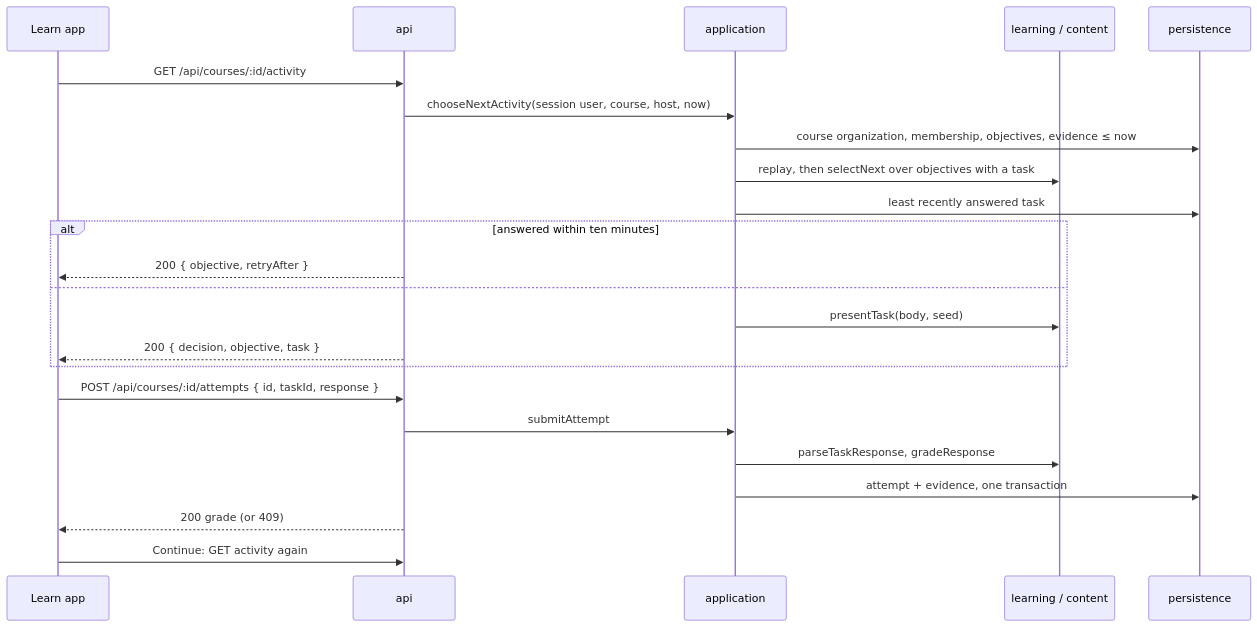
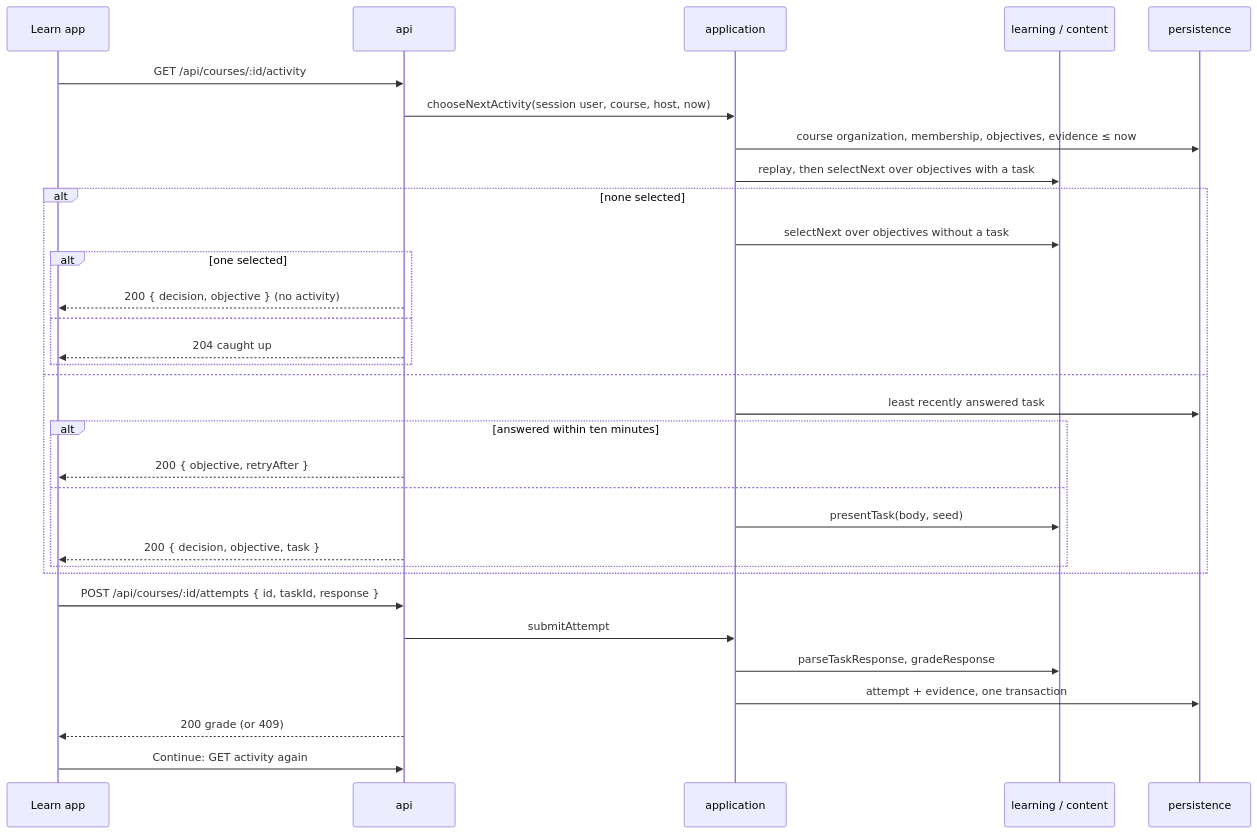
Before and after one commit to braivo/braivo: the diagram in docs/specs/learner-loop.md, drawn with Mermaid. The commit also changed other lines of this file and 19 other files, not shown here.

````diff
--- a/docs/specs/learner-loop.md
+++ b/docs/specs/learner-loop.md
@@ -55,25 +56,34 @@
 ```mermaid
 sequenceDiagram
   participant L as Learn app
   participant A as api
   participant U as application
   participant M as learning / content
   participant P as persistence
   L->>A: GET /api/courses/:id/activity
   A->>U: chooseNextActivity(session user, course, host, now)
   U->>P: course organization, membership, objectives, evidence ≤ now
   U->>M: replay, then selectNext over objectives with a task
-  U->>P: least recently answered task
-  alt answered within ten minutes
-    A-->>L: 200 { objective, retryAfter }
+  alt none selected
+    U->>M: selectNext over objectives without a task
+    alt one selected
+      A-->>L: 200 { decision, objective } (no activity)
+    else
+      A-->>L: 204 caught up
+    end
   else
-    U->>M: presentTask(body, seed)
-    A-->>L: 200 { decision, objective, task }
+    U->>P: least recently answered task
+    alt answered within ten minutes
+      A-->>L: 200 { objective, retryAfter }
+    else
+      U->>M: presentTask(body, seed)
+      A-->>L: 200 { decision, objective, task }
+    end
   end
   L->>A: POST /api/courses/:id/attempts { id, taskId, response }
   A->>U: submitAttempt
   U->>M: parseTaskResponse, gradeResponse
   U->>P: attempt + evidence, one transaction
   A-->>L: 200 grade (or 409)
   L->>A: Continue: GET activity again
 ```
````
